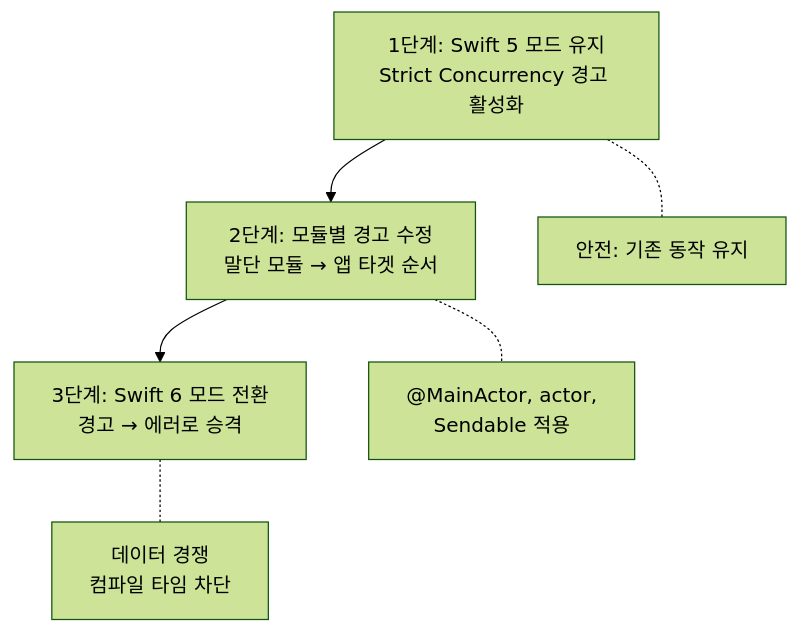
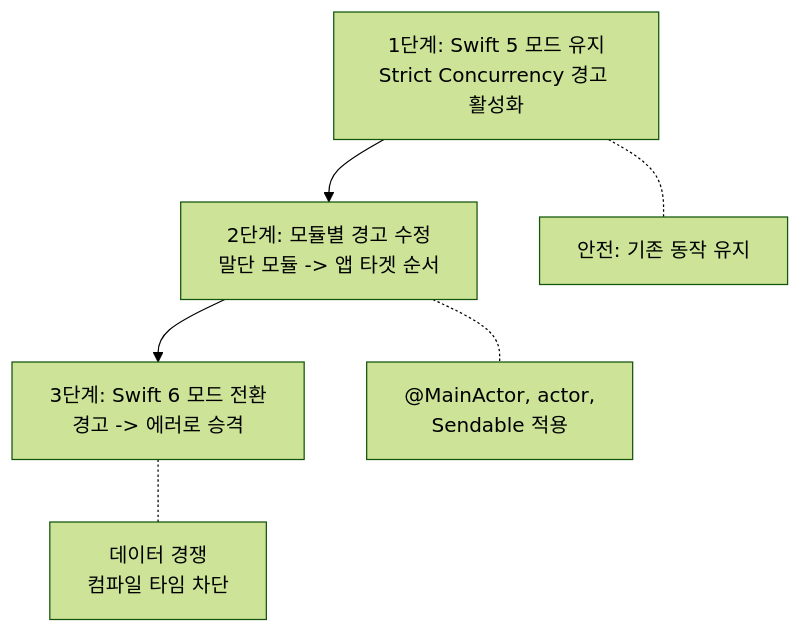
Before and after one commit to jsonpassion/forge-tutorial-swift: the second of 4 diagrams in 16-trends/01-swift6.md, drawn with Mermaid (forest theme). The commit also changed other lines of this file and 69 other files, not shown here.

````diff
--- a/16-trends/01-swift6.md
+++ b/16-trends/01-swift6.md
@@ -168,8 +168,8 @@
 ```mermaid
 flowchart TD
-    S1["1단계: Swift 5 모드 유지\nStrict Concurrency 경고 활성화"] --> S2["2단계: 모듈별 경고 수정\n말단 모듈 → 앱 타겟 순서"]
-    S2 --> S3["3단계: Swift 6 모드 전환\n경고 → 에러로 승격"]
+    S1["1단계: Swift 5 모드 유지<br/>Strict Concurrency 경고 활성화"] --> S2["2단계: 모듈별 경고 수정<br/>말단 모듈 -> 앱 타겟 순서"]
+    S2 --> S3["3단계: Swift 6 모드 전환<br/>경고 -> 에러로 승격"]
     S1 -.- N1["안전: 기존 동작 유지"]
-    S2 -.- N2["@MainActor, actor,\nSendable 적용"]
-    S3 -.- N3["데이터 경쟁\n컴파일 타임 차단"]
+    S2 -.- N2["@MainActor, actor,<br/>Sendable 적용"]
+    S3 -.- N3["데이터 경쟁<br/>컴파일 타임 차단"]
 ```
````
